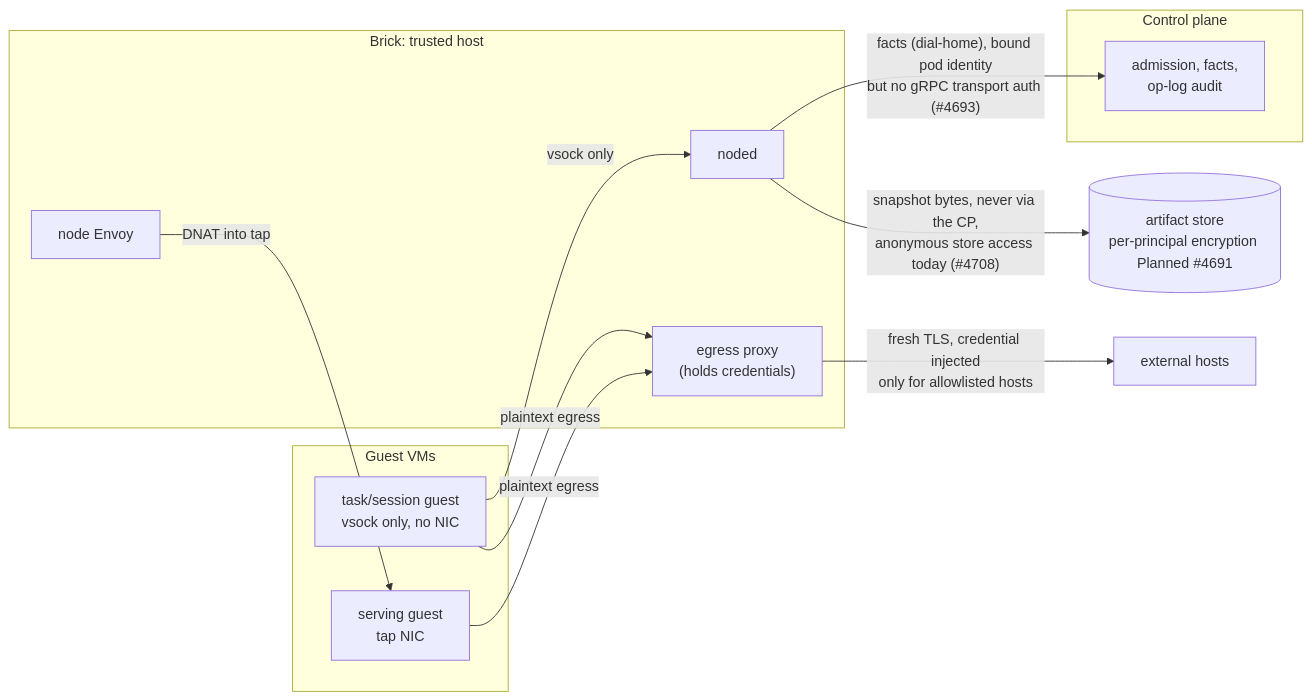
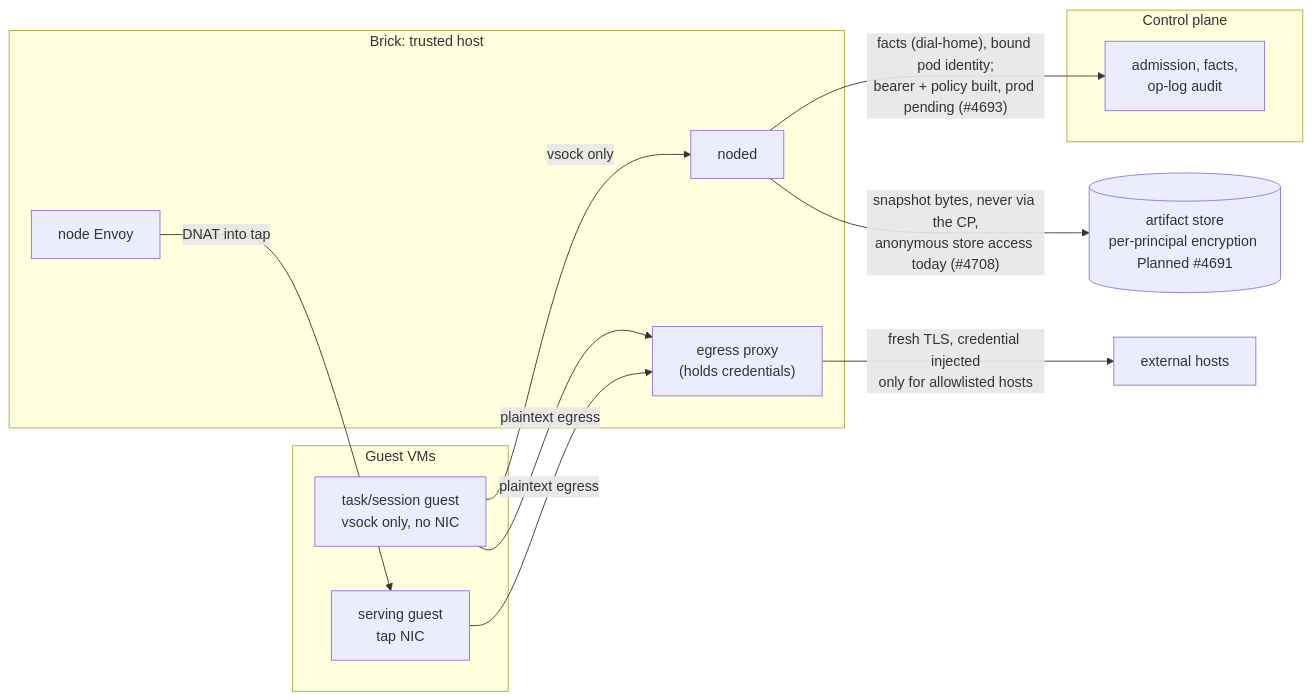
The sixth of 6 diagrams in projects/embervm/ARCHITECTURE.md (jomcgi-org/homelab), drawn with Mermaid before and after one commit. The commit also changed other lines of this file and 18 other files, not shown here.

First line of the commit message:
feat(embervm): land the noded bearer token end to end and a noded network policy

````diff
--- a/projects/embervm/ARCHITECTURE.md
+++ b/projects/embervm/ARCHITECTURE.md
@@ -757,25 +758,25 @@
 ```mermaid
 graph LR
     subgraph vm ["Guest VMs"]
         G1["task/session guest<br/>vsock only, no NIC"]
         G2["serving guest<br/>tap NIC"]
     end
     subgraph brick ["Brick: trusted host"]
         N["noded"]
         P["egress proxy<br/>(holds credentials)"]
         E["node Envoy"]
     end
     subgraph cp ["Control plane"]
         F["admission, facts,<br/>op-log audit"]
     end
     S[("artifact store<br/>per-principal encryption Planned #4691")]
     X["external hosts"]
 
     G1 -- "vsock only" --> N
     E -- "DNAT into tap" --> G2
     G1 -- "plaintext egress" --> P
     G2 -- "plaintext egress" --> P
     P -- "fresh TLS, credential injected<br/>only for allowlisted hosts" --> X
-    N -- "facts (dial-home), bound pod identity<br/>but no gRPC transport auth (#4693)" --> F
+    N -- "facts (dial-home), bound pod identity;<br/>bearer + policy built, prod pending (#4693)" --> F
     N -- "snapshot bytes, never via the CP,<br/>anonymous store access today (#4708)" --> S
 ```
````
